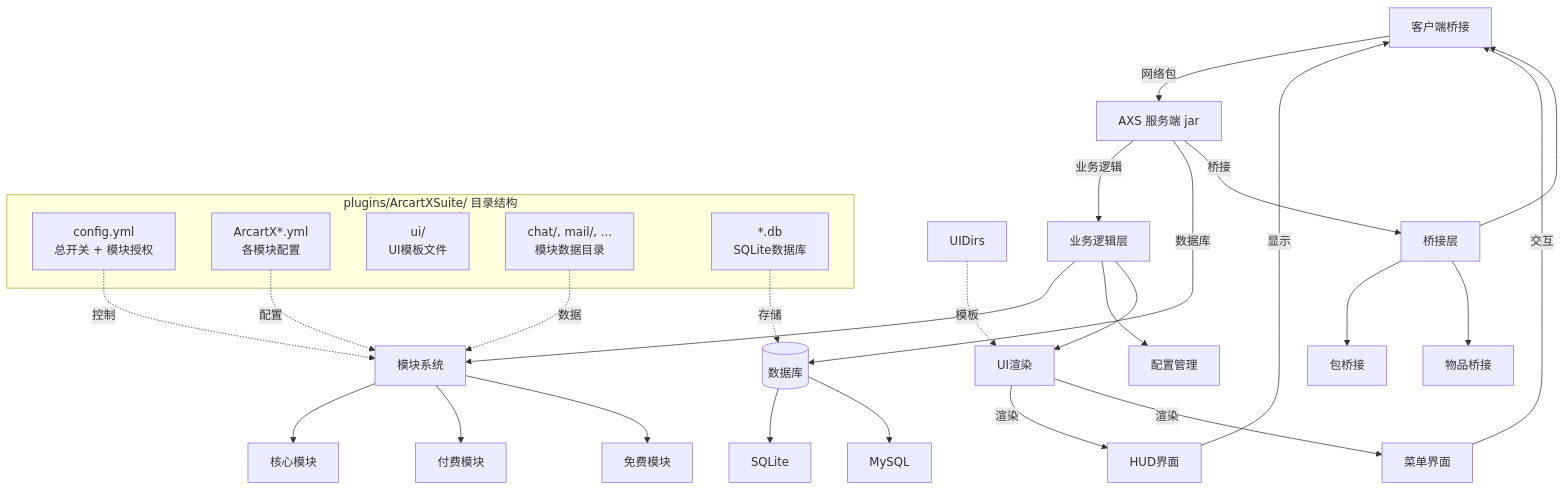
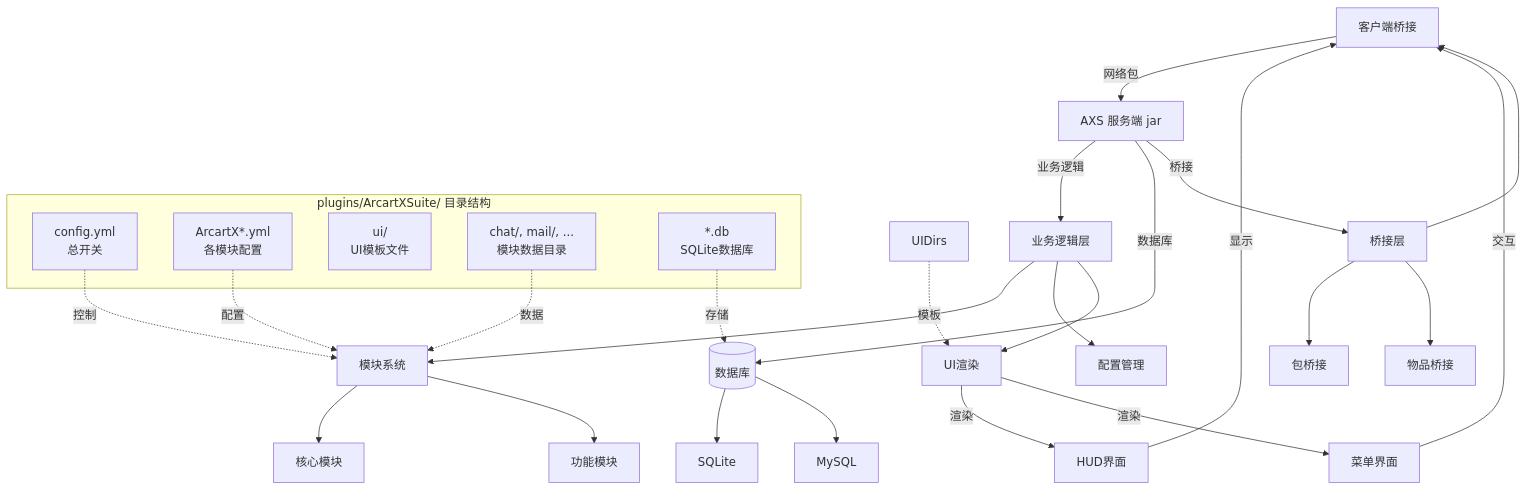
One commit to ArcartX-Suite/ArcartXSuite-Wiki changed the first of 3 diagrams in docs/architecture/system-architecture.md. Above: the diagram before and after it, drawn with Mermaid. The commit also changed other lines of this file and 10 other files, not shown here.

````diff
--- a/docs/architecture/system-architecture.md
+++ b/docs/architecture/system-architecture.md
@@ -10,54 +10,53 @@
 ```mermaid
 graph TB
     %% 客户端侧
     Client[ArcartX 客户端 MOD] -->|网络包| Server
     
     %% 服务端侧
     Server[AXS 服务端 jar] -->|业务逻辑| Business
     Server -->|数据库| Database
     Server -->|桥接| Bridge
     
     %% 业务逻辑层
     Business[业务逻辑层]
     Business --> Module[模块系统]
     Business --> Config[配置管理]
     Business --> UI[UI渲染]
     
     %% 模块系统
     Module[模块系统] --> Core[核心模块]
-    Module --> Paid[付费模块]
-    Module --> Free[免费模块]
+    Module --> Modules[功能模块]
     
     %% 文件系统结构（作为服务端的子部分）
     subgraph "plugins/ArcartXSuite/ 目录结构"
-        ConfigYml["config.yml<br/>总开关 + 模块授权"]
+        ConfigYml["config.yml<br/>总开关"]
         ModuleConfigs["ArcartX*.yml<br/>各模块配置"]
         UIDir["ui/<br/>UI模板文件"]
         DataDirs["chat/, mail/, ...<br/>模块数据目录"]
         DBFiles["*.db<br/>SQLite数据库"]
     end
     
     %% 配置文件与功能的关系
     ConfigYml -.->|控制| Module
     ModuleConfigs -.->|配置| Module
     UIDirs -.->|模板| UI
     DataDirs -.->|数据| Module
     DBFiles -.->|存储| Database
     
     %% 数据库层
     Database[(数据库)] --> SQLite[SQLite]
     Database --> MySQL[MySQL]
     
     %% 桥接层
     Bridge[桥接层] --> Packet[包桥接]
     Bridge --> Client[客户端桥接]
     Bridge --> Item[物品桥接]
     
     %% UI渲染
     UI -->|渲染| HUD[HUD界面]
     UI -->|渲染| Menu[菜单界面]
     
     %% 最终输出
     HUD -->|显示| Client
     Menu -->|交互| Client
 ```
````
